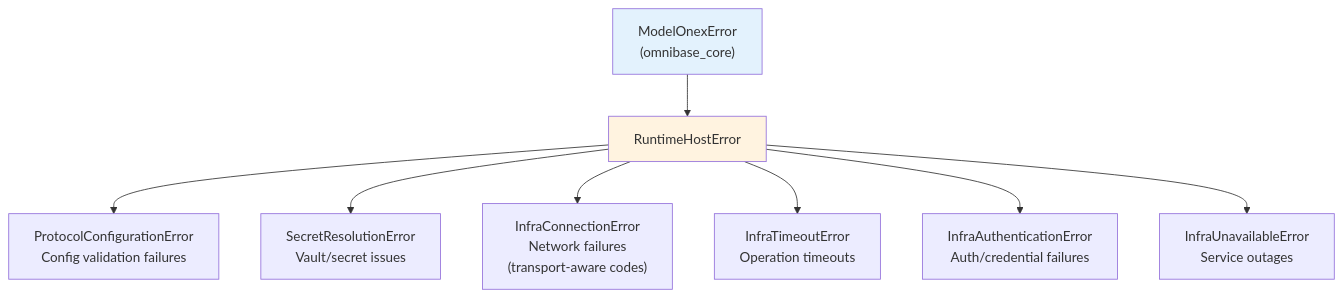
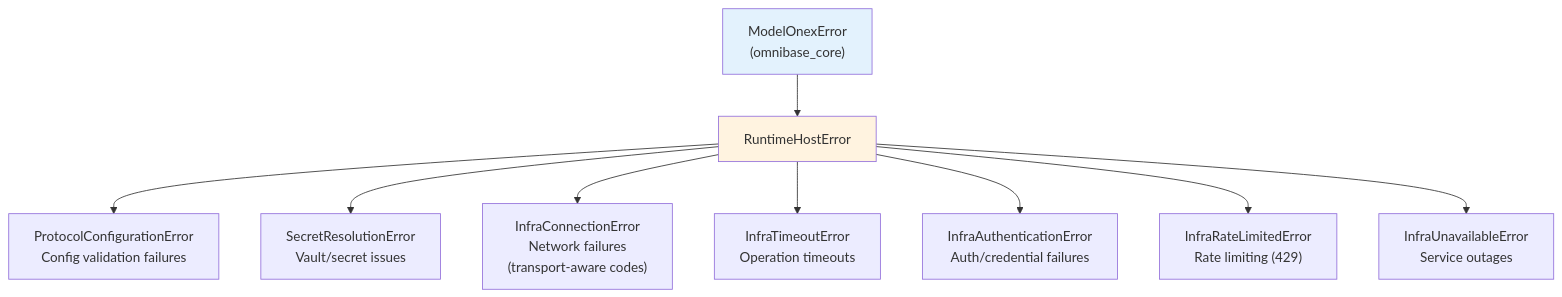
One commit to OmniNode-ai/omnibase_infra changed the diagram in docs/patterns/error_handling_patterns.md. Above: the diagram before and after it, drawn with Mermaid. The commit also changed other lines of this file and 3 other files, not shown here.

First line of the commit message:
fix(review): address PR #315 review feedback for InfraRateLimitedError

````diff
--- a/docs/patterns/error_handling_patterns.md
+++ b/docs/patterns/error_handling_patterns.md
@@ -66,17 +67,18 @@
 ```mermaid
 flowchart TB
     accTitle: ONEX Error Class Hierarchy
-    accDescr: Class hierarchy diagram showing the ONEX infrastructure error types. ModelOnexError from omnibase_core is the root. RuntimeHostError extends it, and six specialized error types extend RuntimeHostError: ProtocolConfigurationError for invalid configs, SecretResolutionError for Vault and secret issues, InfraConnectionError for network failures with transport-aware error codes, InfraTimeoutError for operation timeouts, InfraAuthenticationError for auth failures, and InfraUnavailableError for service outages.
+    accDescr: Class hierarchy diagram showing the ONEX infrastructure error types. ModelOnexError from omnibase_core is the root. RuntimeHostError extends it, and seven specialized error types extend RuntimeHostError: ProtocolConfigurationError for invalid configs, SecretResolutionError for Vault and secret issues, InfraConnectionError for network failures with transport-aware error codes, InfraTimeoutError for operation timeouts, InfraAuthenticationError for auth failures, InfraRateLimitedError for rate limiting and throttling, and InfraUnavailableError for service outages.
 
     ONEX["ModelOnexError<br/>(omnibase_core)"] --> RH["RuntimeHostError"]
 
     RH --> PCE["ProtocolConfigurationError<br/>Config validation failures"]
     RH --> SRE["SecretResolutionError<br/>Vault/secret issues"]
     RH --> ICE["InfraConnectionError<br/>Network failures<br/>(transport-aware codes)"]
     RH --> ITE["InfraTimeoutError<br/>Operation timeouts"]
     RH --> IAE["InfraAuthenticationError<br/>Auth/credential failures"]
+    RH --> IRLE["InfraRateLimitedError<br/>Rate limiting (429)"]
     RH --> IUE["InfraUnavailableError<br/>Service outages"]
 
     style ONEX fill:#e3f2fd
     style RH fill:#fff3e0
 ```
````
